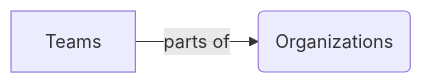
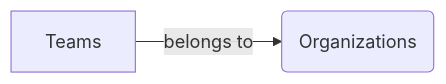
One commit to xeylou/testade.xeylou.fr changed the second of 9 diagrams in content/posts/itop-walkthrough/index.md. Above: the diagram before and after it, drawn with Mermaid. The commit also changed other lines of this file and 11 other files, not shown here.

```diff
--- a/content/posts/itop-walkthrough/index.md
+++ b/content/posts/itop-walkthrough/index.md
@@ -159,4 +159,4 @@
 {{< mermaid >}}
 graph LR
-A[Teams] -->|parts of| B(Organizations)
+A[Teams] -->|belongs to| B(Organizations)
 {{< /mermaid >}}
```
